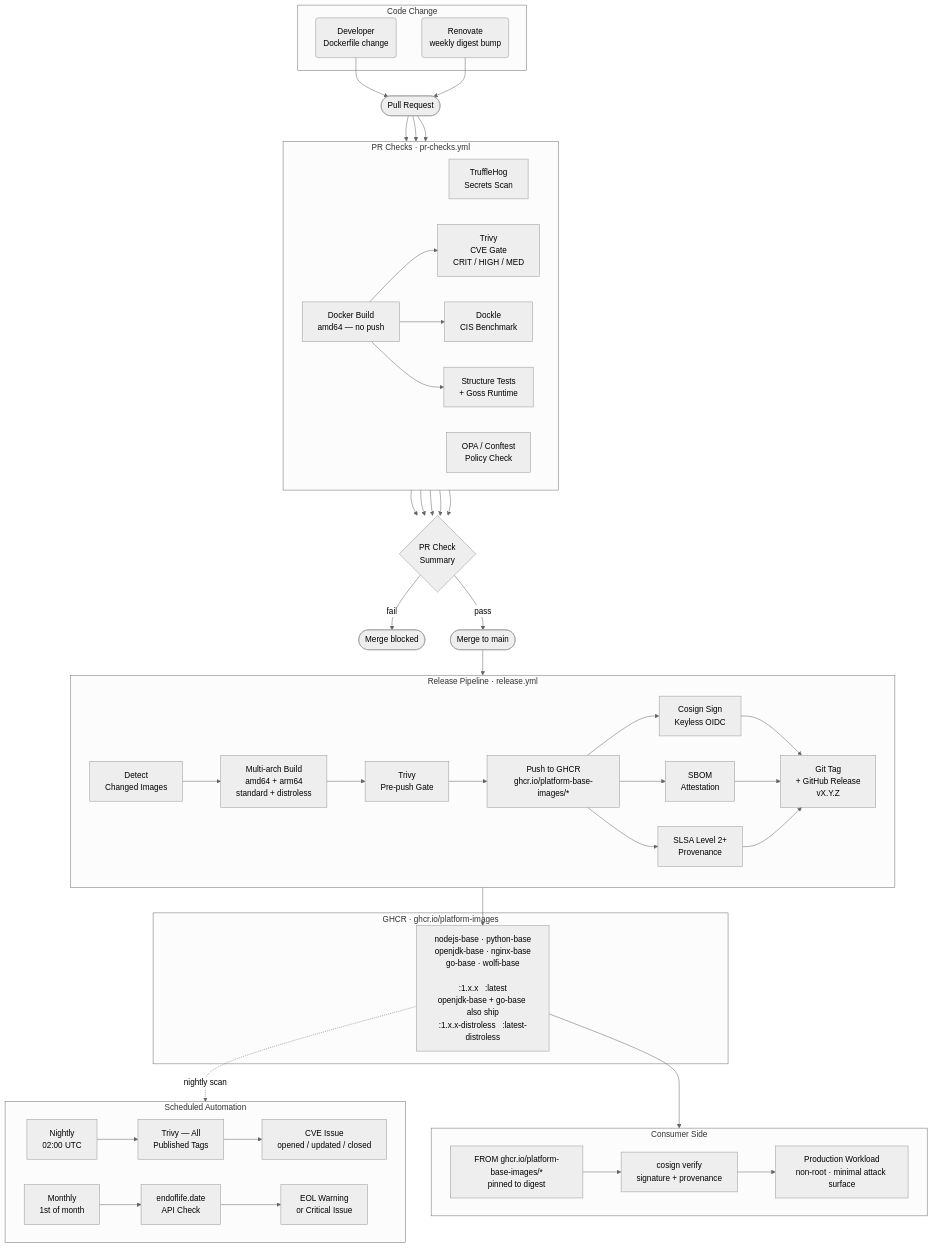
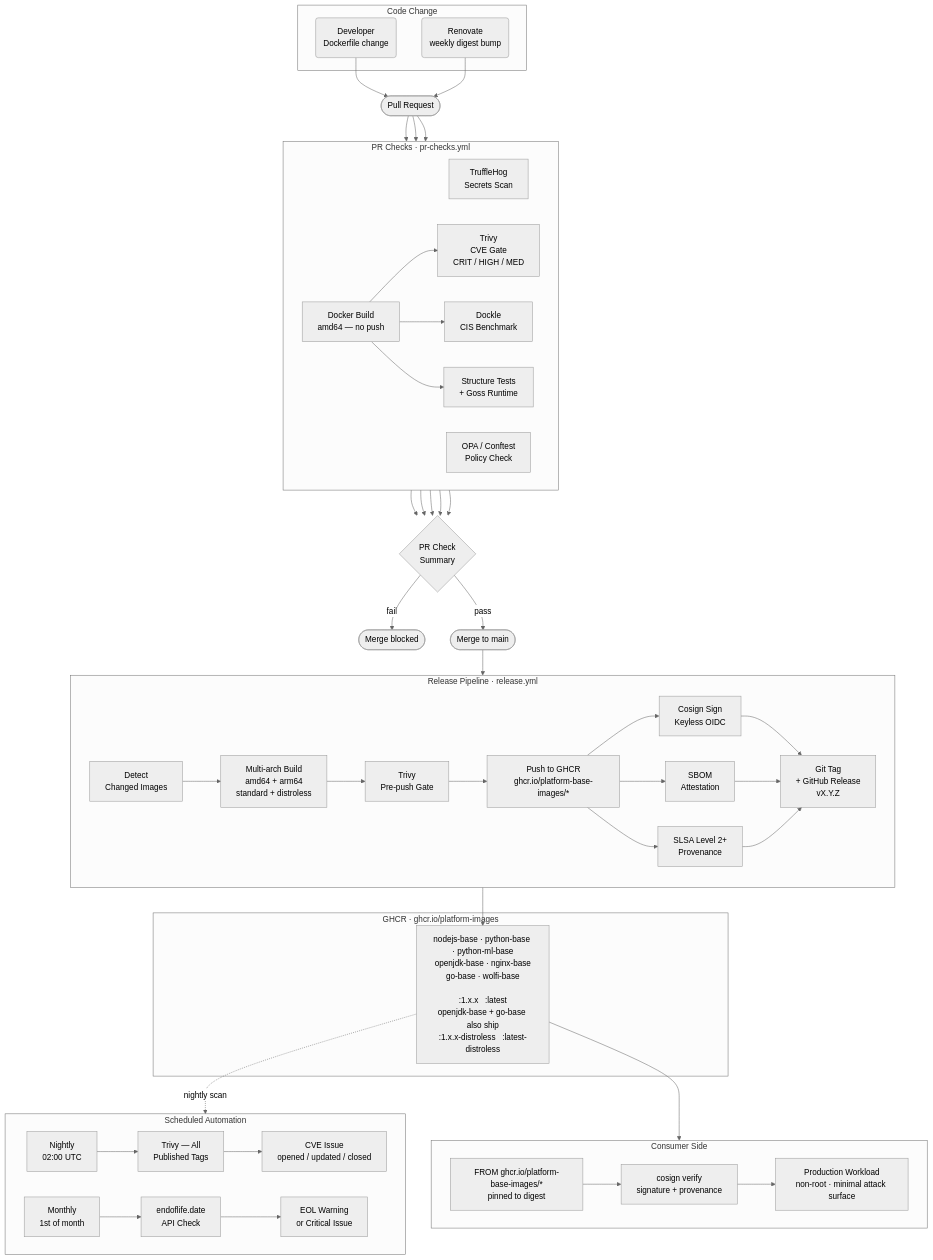
One commit to platform-base-images/hardened-base changed the diagram in README.md. Above: the diagram before and after it, drawn with Mermaid (neutral theme). The commit also changed other lines of this file and 9 other files, not shown here.

First line of the commit message:
feat(python-ml-base): add hardened Python image for model-serving workloads

````diff
--- a/README.md
+++ b/README.md
@@ -17,79 +17,79 @@
 ```mermaid
 flowchart TD
     subgraph SRC["  Code Change  "]
         DEV("Developer\nDockerfile change")
         BOT("Renovate\nweekly digest bump")
     end
 
     DEV --> PR
     BOT --> PR
 
     PR(["Pull Request"])
 
     subgraph CHECKS["  PR Checks  ·  pr-checks.yml  "]
         direction LR
         A1["TruffleHog\nSecrets Scan"]
         A2["OPA / Conftest\nPolicy Check"]
         A3["Docker Build\namd64 — no push"]
         A4["Trivy\nCVE Gate\nCRIT / HIGH / MED"]
         A5["Dockle\nCIS Benchmark"]
         A6["Structure Tests\n+ Goss Runtime"]
         A3 --> A4
         A3 --> A5
         A3 --> A6
     end
 
     PR --> A1 & A2 & A3
 
     A1 & A2 & A4 & A5 & A6 --> GATE{"PR Check\nSummary"}
 
     GATE -- "fail" --> BLOCK(["Merge blocked"])
     GATE -- "pass" --> MERGE(["Merge to main"])
 
     subgraph RELEASE["  Release Pipeline  ·  release.yml  "]
         direction LR
         R1["Detect\nChanged Images"]
         R2["Multi-arch Build\namd64 + arm64\nstandard + distroless"]
         R3["Trivy\nPre-push Gate"]
         R4["Push to GHCR\nghcr.io/platform-base-images/*"]
         R5["Cosign Sign\nKeyless OIDC"]
         R6["SBOM\nAttestation"]
         R7["SLSA Level 2+\nProvenance"]
         R8["Git Tag\n+ GitHub Release\nvX.Y.Z"]
         R1 --> R2 --> R3 --> R4
         R4 --> R5 & R6 & R7
         R5 & R6 & R7 --> R8
     end
 
     MERGE --> R1
 
     subgraph REGISTRY["  GHCR  ·  ghcr.io/platform-images  "]
-        IMG["nodejs-base · python-base\nopenjdk-base · nginx-base\ngo-base · wolfi-base\n\n:1.x.x   :latest\nopenjdk-base + go-base also ship\n:1.x.x-distroless   :latest-distroless"]
+        IMG["nodejs-base · python-base · python-ml-base\nopenjdk-base · nginx-base\ngo-base · wolfi-base\n\n:1.x.x   :latest\nopenjdk-base + go-base also ship\n:1.x.x-distroless   :latest-distroless"]
     end
 
     R8 --> IMG
 
     subgraph CONSUMER["  Consumer Side  "]
         direction LR
         C1["FROM ghcr.io/platform-base-images/*\npinned to digest"]
         C2["cosign verify\nsignature + provenance"]
         C3["Production Workload\nnon-root · minimal attack surface"]
         C1 --> C2 --> C3
     end
 
     IMG --> C1
 
     subgraph AUTO["  Scheduled Automation  "]
         direction LR
         N1["Nightly\n02:00 UTC"]
         N2["Trivy — All\nPublished Tags"]
         N3["CVE Issue\nopened / updated / closed"]
         M1["Monthly\n1st of month"]
         M2["endoflife.date\nAPI Check"]
         M3["EOL Warning\nor Critical Issue"]
         N1 --> N2 --> N3
         M1 --> M2 --> M3
     end
 
     IMG -.->|nightly scan| N2
 ```
````
